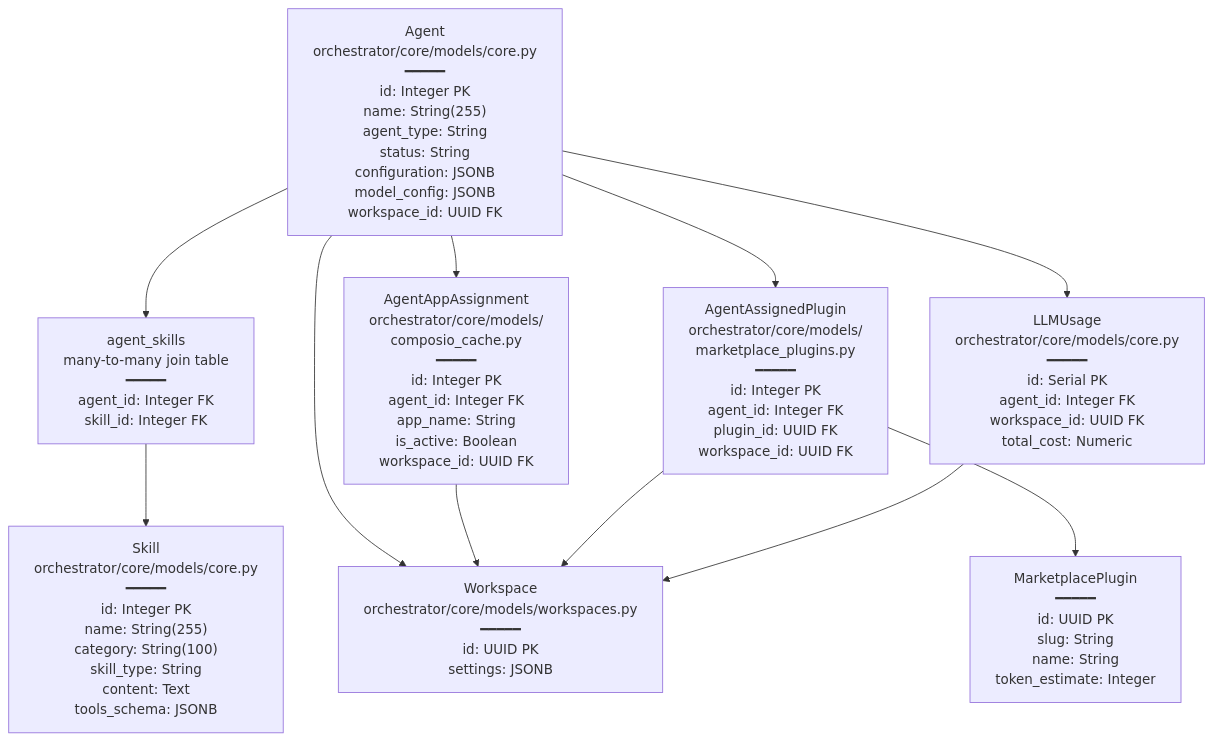
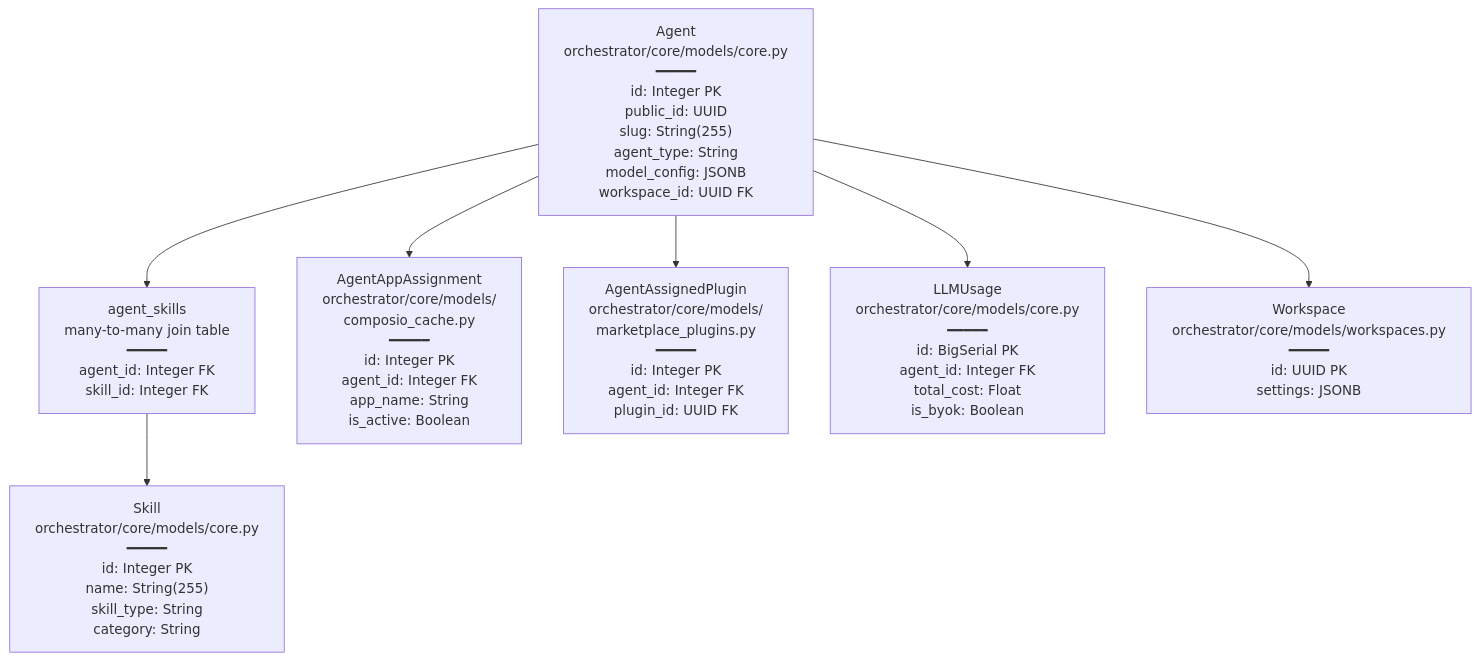
One commit to AutomatosAI/automatos-ai changed the first of 2 diagrams in docs/agents/_index.md. Above: the diagram before and after it, drawn with Mermaid. The commit also changed other lines of this file and 153 other files, not shown here.

````diff
--- a/docs/agents/_index.md
+++ b/docs/agents/_index.md
@@ -68,29 +62,23 @@
 ```mermaid
 graph TB
-    Agent["Agent<br/>orchestrator/core/models/core.py<br/>━━━━━<br/>id: Integer PK<br/>name: String(255)<br/>agent_type: String<br/>status: String<br/>configuration: JSONB<br/>model_config: JSONB<br/>workspace_id: UUID FK"]
+    Agent["Agent<br/>orchestrator/core/models/core.py<br/>━━━━━<br/>id: Integer PK<br/>public_id: UUID<br/>slug: String(255)<br/>agent_type: String<br/>model_config: JSONB<br/>workspace_id: UUID FK"]
     
     Skills["agent_skills<br/>many-to-many join table<br/>━━━━━<br/>agent_id: Integer FK<br/>skill_id: Integer FK"]
     
-    SkillTable["Skill<br/>orchestrator/core/models/core.py<br/>━━━━━<br/>id: Integer PK<br/>name: String(255)<br/>category: String(100)<br/>skill_type: String<br/>content: Text<br/>tools_schema: JSONB"]
+    SkillTable["Skill<br/>orchestrator/core/models/core.py<br/>━━━━━<br/>id: Integer PK<br/>name: String(255)<br/>skill_type: String<br/>category: String"]
     
-    Tools["AgentAppAssignment<br/>orchestrator/core/models/<br/>composio_cache.py<br/>━━━━━<br/>id: Integer PK<br/>agent_id: Integer FK<br/>app_name: String<br/>is_active: Boolean<br/>workspace_id: UUID FK"]
+    Tools["AgentAppAssignment<br/>orchestrator/core/models/<br/>composio_cache.py<br/>━━━━━<br/>id: Integer PK<br/>agent_id: Integer FK<br/>app_name: String<br/>is_active: Boolean"]
     
-    Plugins["AgentAssignedPlugin<br/>orchestrator/core/models/<br/>marketplace_plugins.py<br/>━━━━━<br/>id: Integer PK<br/>agent_id: Integer FK<br/>plugin_id: UUID FK<br/>workspace_id: UUID FK"]
+    Plugins["AgentAssignedPlugin<br/>orchestrator/core/models/<br/>marketplace_plugins.py<br/>━━━━━<br/>id: Integer PK<br/>agent_id: Integer FK<br/>plugin_id: UUID FK"]
     
-    PluginTable["MarketplacePlugin<br/>━━━━━<br/>id: UUID PK<br/>slug: String<br/>name: String<br/>token_estimate: Integer"]
-    
-    Usage["LLMUsage<br/>orchestrator/core/models/core.py<br/>━━━━━<br/>id: Serial PK<br/>agent_id: Integer FK<br/>workspace_id: UUID FK<br/>total_cost: Numeric"]
+    Usage["LLMUsage<br/>orchestrator/core/models/core.py<br/>━━━━━<br/>id: BigSerial PK<br/>agent_id: Integer FK<br/>total_cost: Float<br/>is_byok: Boolean"]
     
     Workspace["Workspace<br/>orchestrator/core/models/workspaces.py<br/>━━━━━<br/>id: UUID PK<br/>settings: JSONB"]
     
     Agent --> Skills
     Skills --> SkillTable
     Agent --> Tools
     Agent --> Plugins
-    Plugins --> PluginTable
     Agent --> Usage
     Agent --> Workspace
-    Tools --> Workspace
-    Plugins --> Workspace
-    Usage --> Workspace
 ```
````
